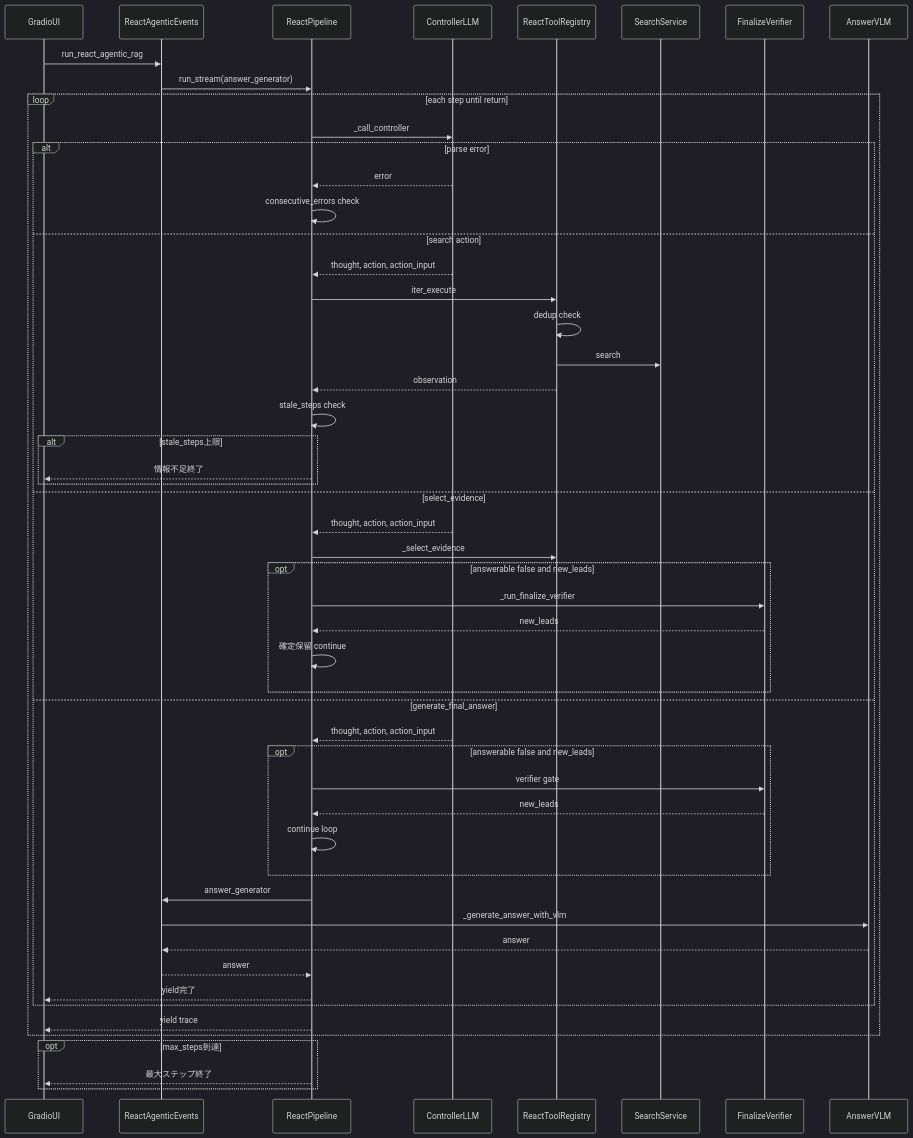
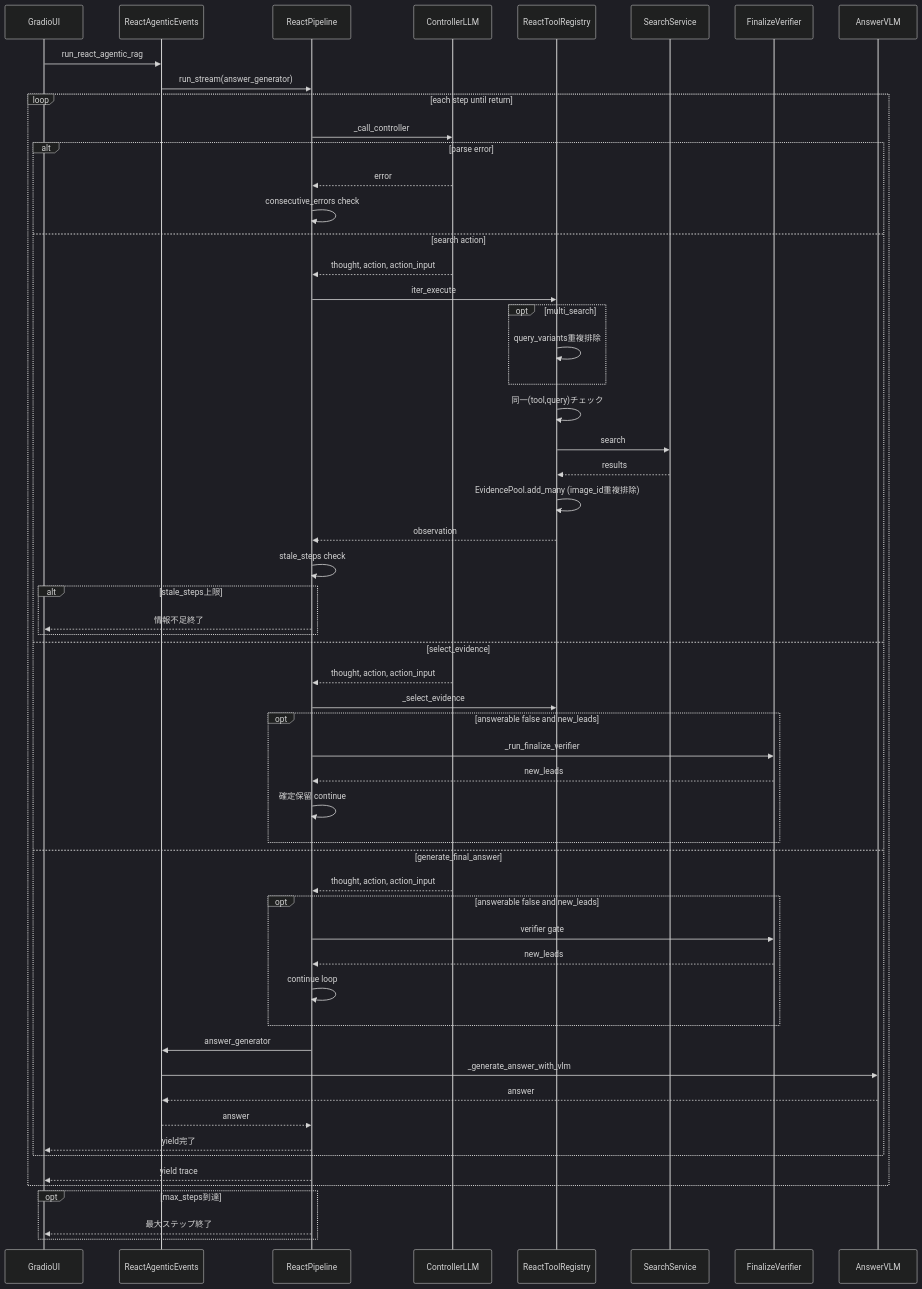
One commit to kutsushitaneko/multimodal_retrieval changed the fourth of 4 diagrams in README.md. Above: the diagram before and after it, drawn with Mermaid (dark theme). The commit also changed other lines of this file and 2 other files, not shown here.

````diff
--- a/README.md
+++ b/README.md
@@ -480,55 +497,60 @@
 ```mermaid
 sequenceDiagram
     participant UI as GradioUI
     participant EV as ReactAgenticEvents
     participant PL as ReactPipeline
     participant Ctrl as ControllerLLM
     participant Reg as ReactToolRegistry
     participant SS as SearchService
     participant Ver as FinalizeVerifier
     participant VLM as AnswerVLM
 
     UI->>EV: run_react_agentic_rag
     EV->>PL: run_stream(answer_generator)
     loop each step until return
         PL->>Ctrl: _call_controller
         alt parse error
             Ctrl-->>PL: error
             PL->>PL: consecutive_errors check
         else search action
             Ctrl-->>PL: thought, action, action_input
             PL->>Reg: iter_execute
-            Reg->>Reg: dedup check
+            opt multi_search
+                Reg->>Reg: query_variants重複排除
+            end
+            Reg->>Reg: 同一(tool,query)チェック
             Reg->>SS: search
+            SS-->>Reg: results
+            Reg->>Reg: EvidencePool.add_many (image_id重複排除)
             Reg-->>PL: observation
             PL->>PL: stale_steps check
             alt stale_steps上限
                 PL-->>UI: 情報不足終了
             end
         else select_evidence
             Ctrl-->>PL: thought, action, action_input
             PL->>Reg: _select_evidence
             opt answerable false and new_leads
                 PL->>Ver: _run_finalize_verifier
                 Ver-->>PL: new_leads
                 PL->>PL: 確定保留 continue
             end
         else generate_final_answer
             Ctrl-->>PL: thought, action, action_input
             opt answerable false and new_leads
                 PL->>Ver: verifier gate
                 Ver-->>PL: new_leads
                 PL->>PL: continue loop
             end
             PL->>EV: answer_generator
             EV->>VLM: _generate_answer_with_vlm
             VLM-->>EV: answer
             EV-->>PL: answer
             PL-->>UI: yield完了
         end
         PL-->>UI: yield trace
     end
     opt max_steps到達
         PL-->>UI: 最大ステップ終了
     end
 ```
````
